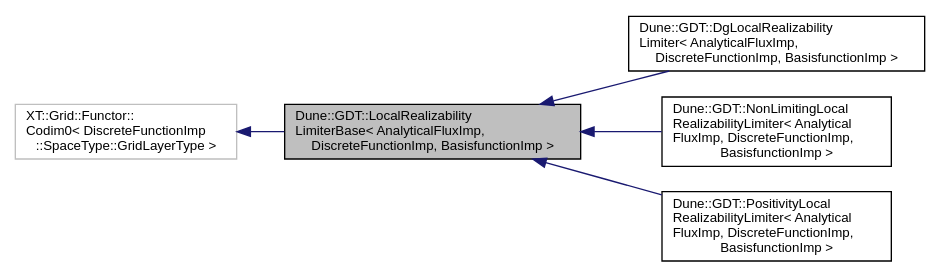
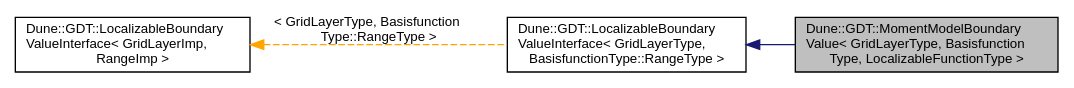
The diagram in docs/dune-gdt/''/a01919.dot (dune-community/dune-community.github.io), drawn with Graphviz before and after one commit. The commit also changed 2519 other files, not shown here.

Commit message:
Updated documentation for dune-gdt ''

```diff
--- a/docs/dune-gdt/''/a01919.dot
+++ b/docs/dune-gdt/''/a01919.dot
@@ -1,15 +1,11 @@
-digraph "Dune::GDT::LocalRealizabilityLimiterBase&lt; AnalyticalFluxImp, DiscreteFunctionImp, BasisfunctionImp &gt;"
+digraph "Dune::GDT::MomentModelBoundaryValue&lt; GridLayerType, BasisfunctionType, LocalizableFunctionType &gt;"
 {
   edge [fontname="Helvetica",fontsize="10",labelfontname="Helvetica",labelfontsize="10"];
   node [fontname="Helvetica",fontsize="10",shape=record];
   rankdir="LR";
-  Node0 [label="Dune::GDT::LocalRealizability\lLimiterBase\< AnalyticalFluxImp,\l DiscreteFunctionImp, BasisfunctionImp \>",height=0.2,width=0.4,color="black", fillcolor="grey75", style="filled", fontcolor="black"];
+  Node0 [label="Dune::GDT::MomentModelBoundary\lValue\< GridLayerType, Basisfunction\lType, LocalizableFunctionType \>",height=0.2,width=0.4,color="black", fillcolor="grey75", style="filled", fontcolor="black"];
   Node1 -> Node0 [dir="back",color="midnightblue",fontsize="10",style="solid",fontname="Helvetica"];
-  Node1 [label="XT::Grid::Functor::\lCodim0\< DiscreteFunctionImp\l::SpaceType::GridLayerType \>",height=0.2,width=0.4,color="grey75", fillcolor="white", style="filled"];
-  Node0 -> Node2 [dir="back",color="midnightblue",fontsize="10",style="solid",fontname="Helvetica"];
-  Node2 [label="Dune::GDT::DgLocalRealizability\lLimiter\< AnalyticalFluxImp,\l DiscreteFunctionImp, BasisfunctionImp \>",height=0.2,width=0.4,color="black", fillcolor="white", style="filled",URL="$a01932.html"];
-  Node0 -> Node3 [dir="back",color="midnightblue",fontsize="10",style="solid",fontname="Helvetica"];
-  Node3 [label="Dune::GDT::NonLimitingLocal\lRealizabilityLimiter\< Analytical\lFluxImp, DiscreteFunctionImp,\l BasisfunctionImp \>",height=0.2,width=0.4,color="black", fillcolor="white", style="filled",URL="$a01924.html"];
-  Node0 -> Node4 [dir="back",color="midnightblue",fontsize="10",style="solid",fontname="Helvetica"];
-  Node4 [label="Dune::GDT::PositivityLocal\lRealizabilityLimiter\< Analytical\lFluxImp, DiscreteFunctionImp,\l BasisfunctionImp \>",height=0.2,width=0.4,color="black", fillcolor="white", style="filled",URL="$a01928.html"];
+  Node1 [label="Dune::GDT::LocalizableBoundary\lValueInterface\< GridLayerType,\l BasisfunctionType::RangeType \>",height=0.2,width=0.4,color="black", fillcolor="white", style="filled",URL="$a01904.html"];
+  Node2 -> Node1 [dir="back",color="orange",fontsize="10",style="dashed",label=" \< GridLayerType, Basisfunction\lType::RangeType \>" ,fontname="Helvetica"];
+  Node2 [label="Dune::GDT::LocalizableBoundary\lValueInterface\< GridLayerImp,\l RangeImp \>",height=0.2,width=0.4,color="black", fillcolor="white", style="filled",URL="$a01904.html"];
 }
```
